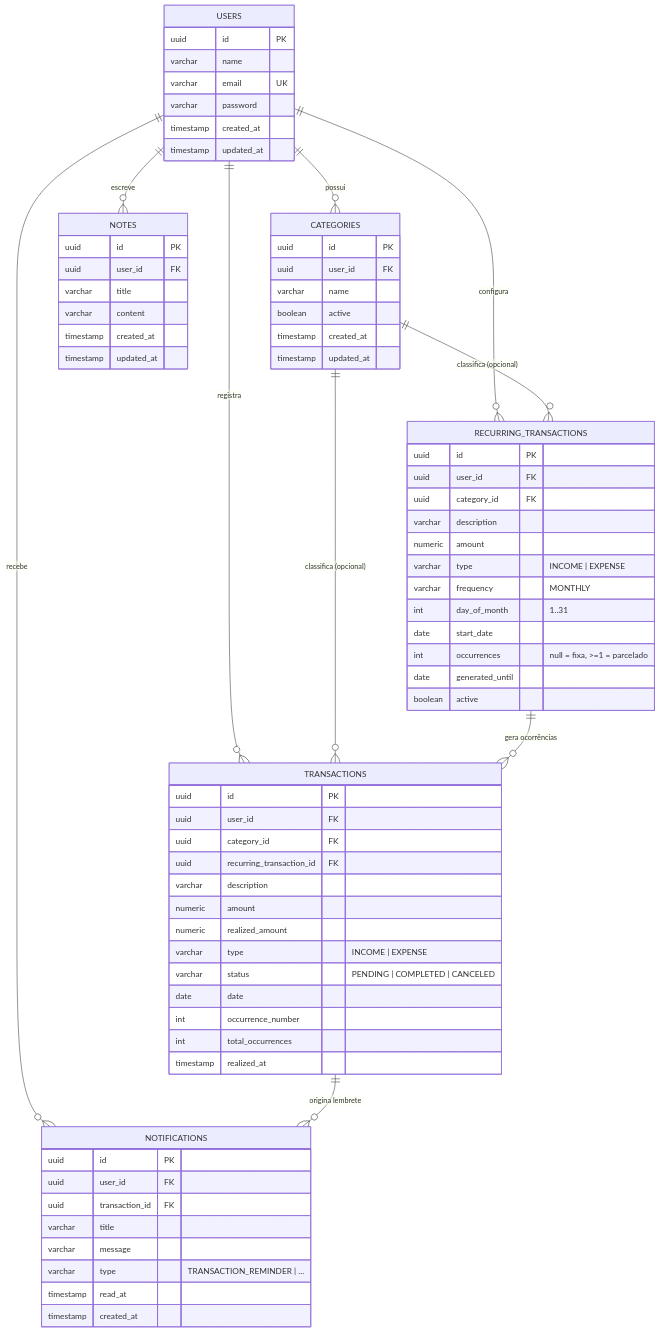
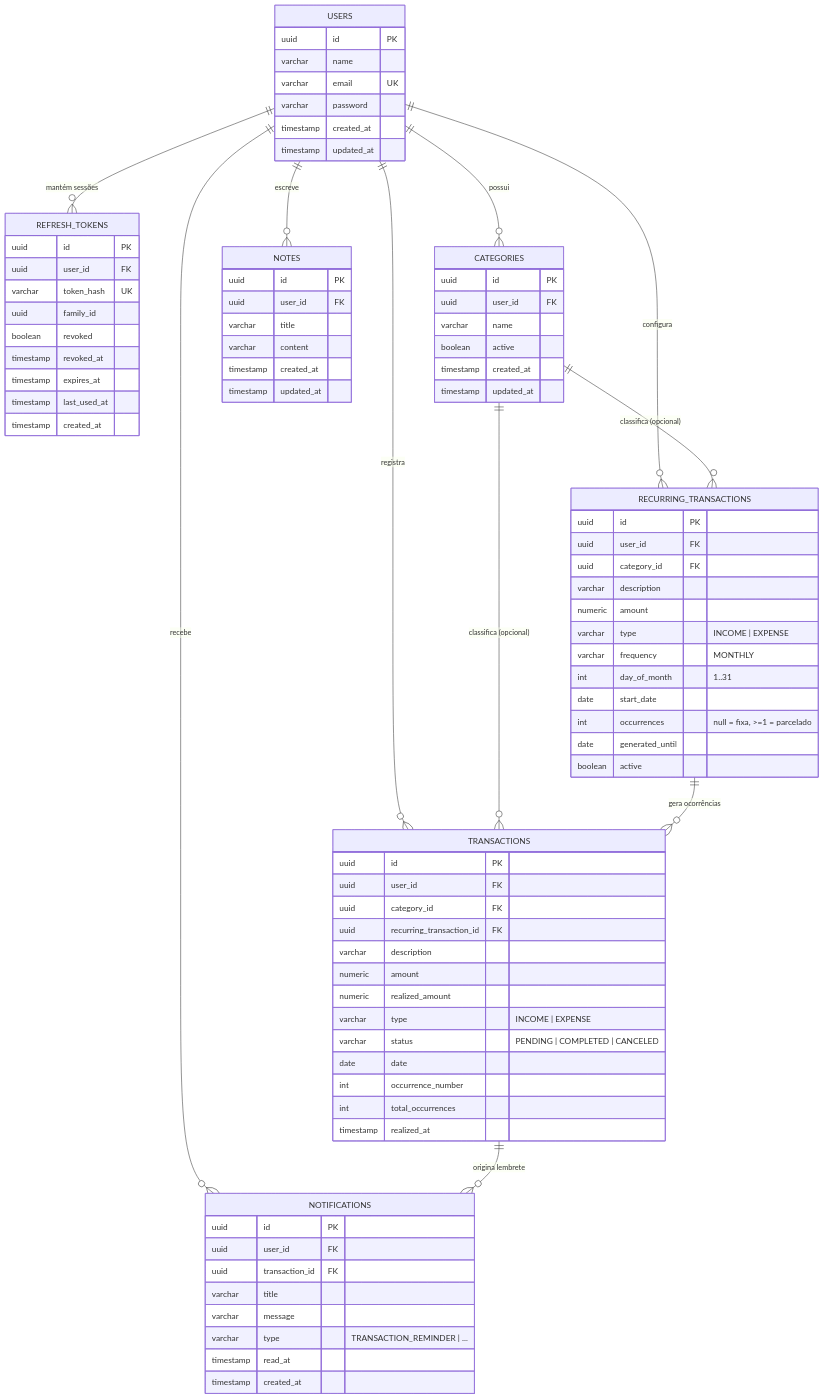
Before and after one commit to guisantosfr/Norte: the fourth of 4 diagrams in README.md, drawn with Mermaid. The commit also changed other lines of this file and 8 other files, not shown here.

Commit message:
feat: refresh token and rate limits on frontend

````diff
--- a/README.md
+++ b/README.md
@@ -159,5 +159,6 @@
 ```mermaid
 erDiagram
+    USERS ||--o{ REFRESH_TOKENS : "mantém sessões"
     USERS ||--o{ CATEGORIES : "possui"
     USERS ||--o{ TRANSACTIONS : "registra"
     USERS ||--o{ RECURRING_TRANSACTIONS : "configura"
@@ -171,11 +172,23 @@
 
     USERS {
         uuid id PK
-         varchar name
+        varchar name
         varchar email UK
         varchar password
         timestamp created_at
         timestamp updated_at
+    }
+
+    REFRESH_TOKENS {
+        uuid id PK
+        uuid user_id FK
+        varchar token_hash UK
+        uuid family_id
+        boolean revoked
+        timestamp revoked_at
+        timestamp expires_at
+        timestamp last_used_at
+        timestamp created_at
     }
 
     CATEGORIES {
````
